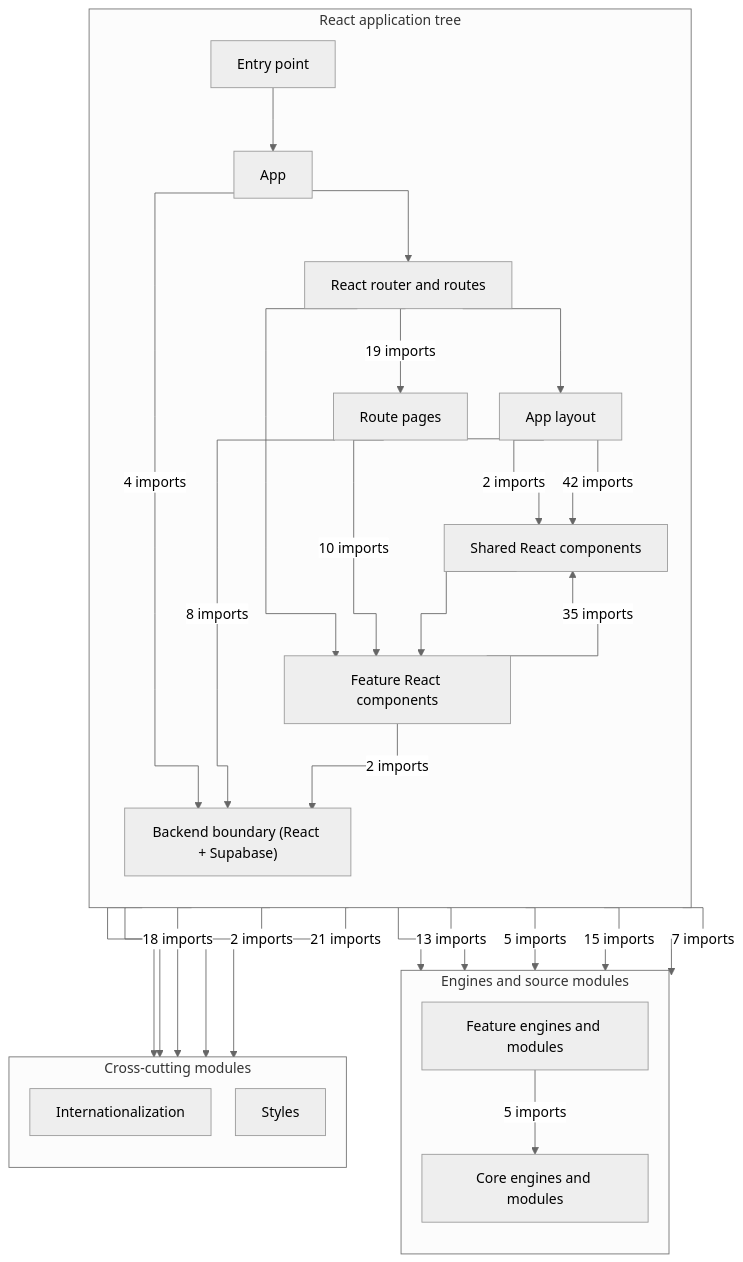
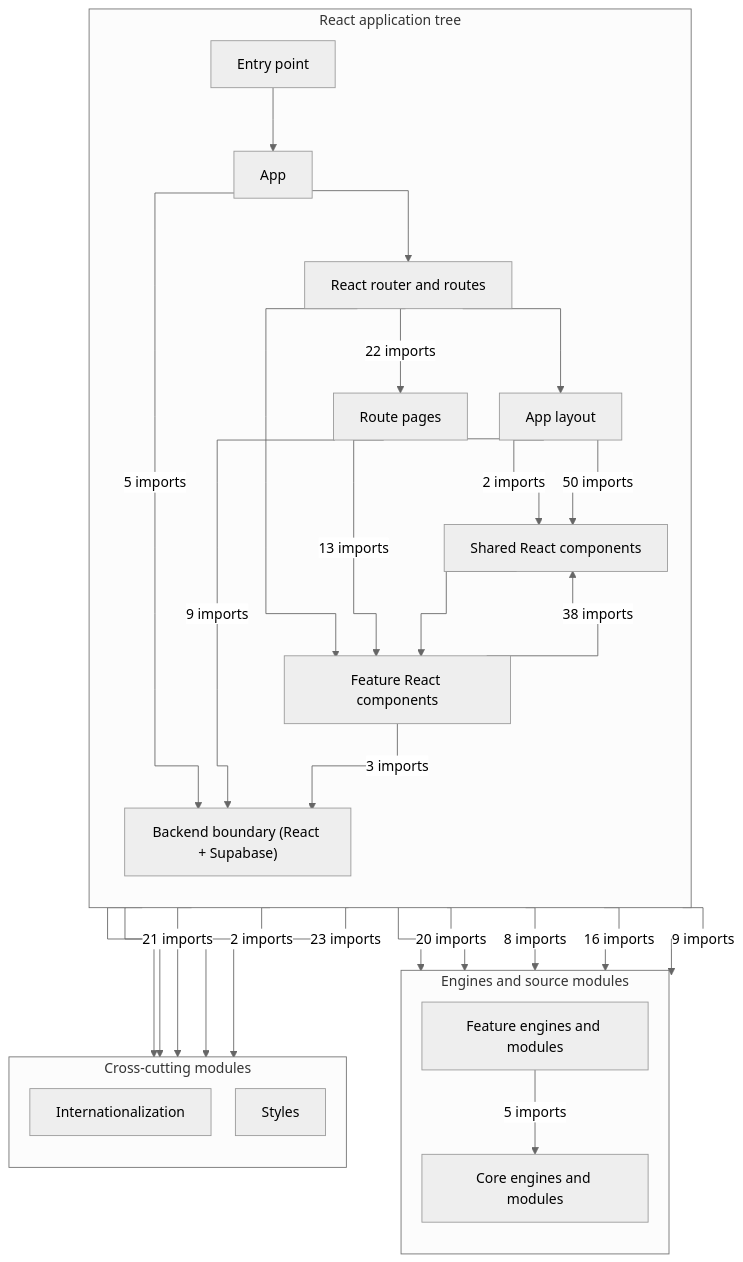
Before and after one commit to temsahak-rgb/Dino-5monde: the first of 9 diagrams in docs/dependency-graph.md, drawn with Mermaid (neutral theme). The commit also changed other lines of this file and 23 other files, not shown here.

````diff
--- a/docs/dependency-graph.md
+++ b/docs/dependency-graph.md
@@ -12,49 +12,49 @@
 ```mermaid
 %%{init: {"flowchart": {"curve": "stepAfter", "nodeSpacing": 28, "rankSpacing": 48}}}%%
 flowchart TB
     subgraph R["React application tree"]
         direction TB
         G0["Entry point"]
         G1["App"]
         G2["Backend boundary (React + Supabase)"]
         G3["React router and routes"]
         G4["App layout"]
         G5["Route pages"]
         G6["Shared React components"]
         G7["Feature React components"]
     end
     subgraph L["Engines and source modules"]
         direction TB
         G8["Feature engines and modules"]
         G9["Core engines and modules"]
     end
     subgraph C["Cross-cutting modules"]
         direction TB
         G10["Internationalization"]
         G12["Styles"]
     end
     G0 --> G1
     G0 --> G12
-    G1 -->|4 imports| G2
+    G1 -->|5 imports| G2
     G1 --> G3
     G1 --> G10
     G3 --> G4
-    G3 -->|19 imports| G5
+    G3 -->|22 imports| G5
     G3 --> G7
     G3 --> G9
     G4 -->|2 imports| G6
-    G5 -->|8 imports| G2
-    G5 -->|42 imports| G6
-    G5 -->|10 imports| G7
-    G5 -->|13 imports| G8
-    G5 -->|5 imports| G9
-    G5 -->|18 imports| G10
+    G5 -->|9 imports| G2
+    G5 -->|50 imports| G6
+    G5 -->|13 imports| G7
+    G5 -->|20 imports| G8
+    G5 -->|8 imports| G9
+    G5 -->|21 imports| G10
     G6 --> G7
     G6 -->|2 imports| G10
-    G7 -->|2 imports| G2
-    G7 -->|35 imports| G6
-    G7 -->|15 imports| G8
-    G7 -->|7 imports| G9
-    G7 -->|21 imports| G10
+    G7 -->|3 imports| G2
+    G7 -->|38 imports| G6
+    G7 -->|16 imports| G8
+    G7 -->|9 imports| G9
+    G7 -->|23 imports| G10
     G8 -->|5 imports| G9
 ```
````
